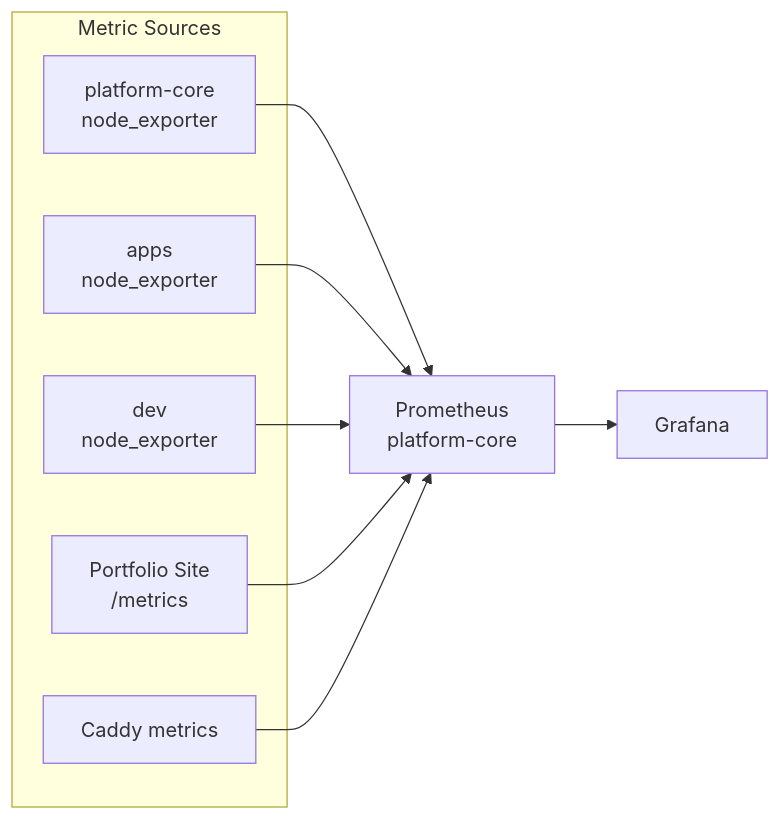
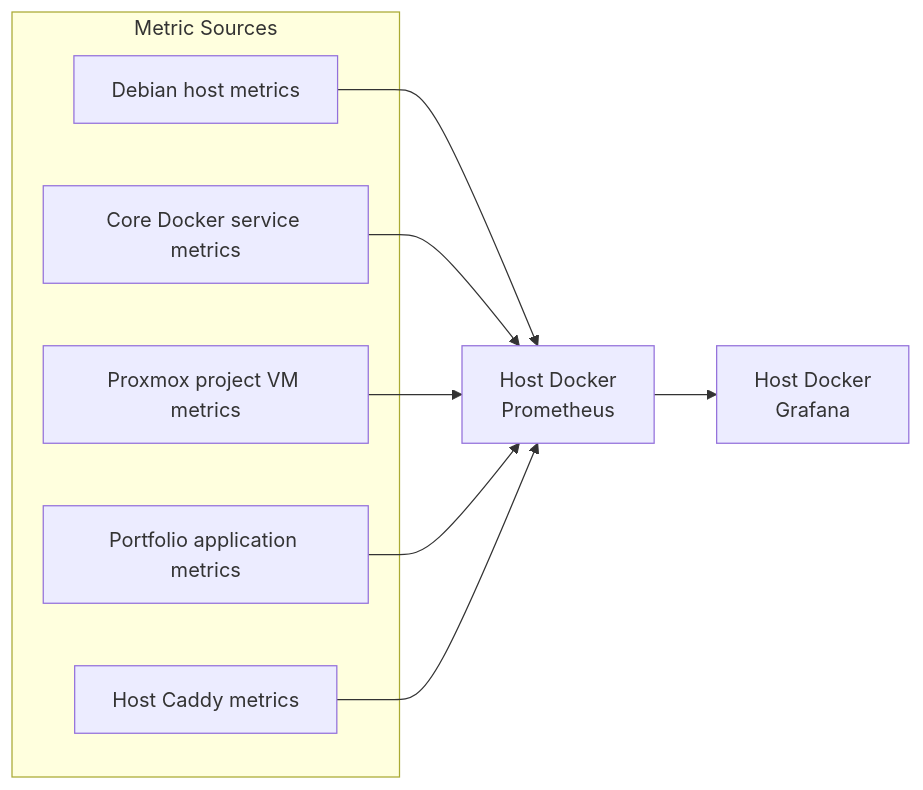
The first of 3 diagrams in docs/architecture/04-observability.md (JT2M0L3Y/homelab), drawn with Mermaid before and after one commit. The commit also changed other lines of this file and 13 other files, not shown here.

````diff
--- a/docs/architecture/04-observability.md
+++ b/docs/architecture/04-observability.md
@@ -5,21 +5,20 @@
 ```mermaid
 flowchart LR
     subgraph Sources["Metric Sources"]
-        NodePC[platform-core<br/>node_exporter]
-        NodeApps[apps<br/>node_exporter]
-        NodeDev[dev<br/>node_exporter]
-        AppMetrics[Portfolio Site<br/>/metrics]
-        CaddyMetrics[Caddy metrics]
+        HostMetrics[Debian host metrics]
+        DockerMetrics[Core Docker service metrics]
+        GuestMetrics[Proxmox project VM metrics]
+        AppMetrics[Portfolio application metrics]
+        CaddyMetrics[Host Caddy metrics]
     end
 
-    Prom[Prometheus<br/>platform-core]
-    Grafana[Grafana]
+    Prom[Host Docker<br/>Prometheus]
+    Grafana[Host Docker<br/>Grafana]
 
-    NodePC --> Prom
-    NodeApps --> Prom
-    NodeDev --> Prom
+    HostMetrics --> Prom
+    DockerMetrics --> Prom
+    GuestMetrics --> Prom
     AppMetrics --> Prom
     CaddyMetrics --> Prom
-
     Prom --> Grafana
 ```
````
